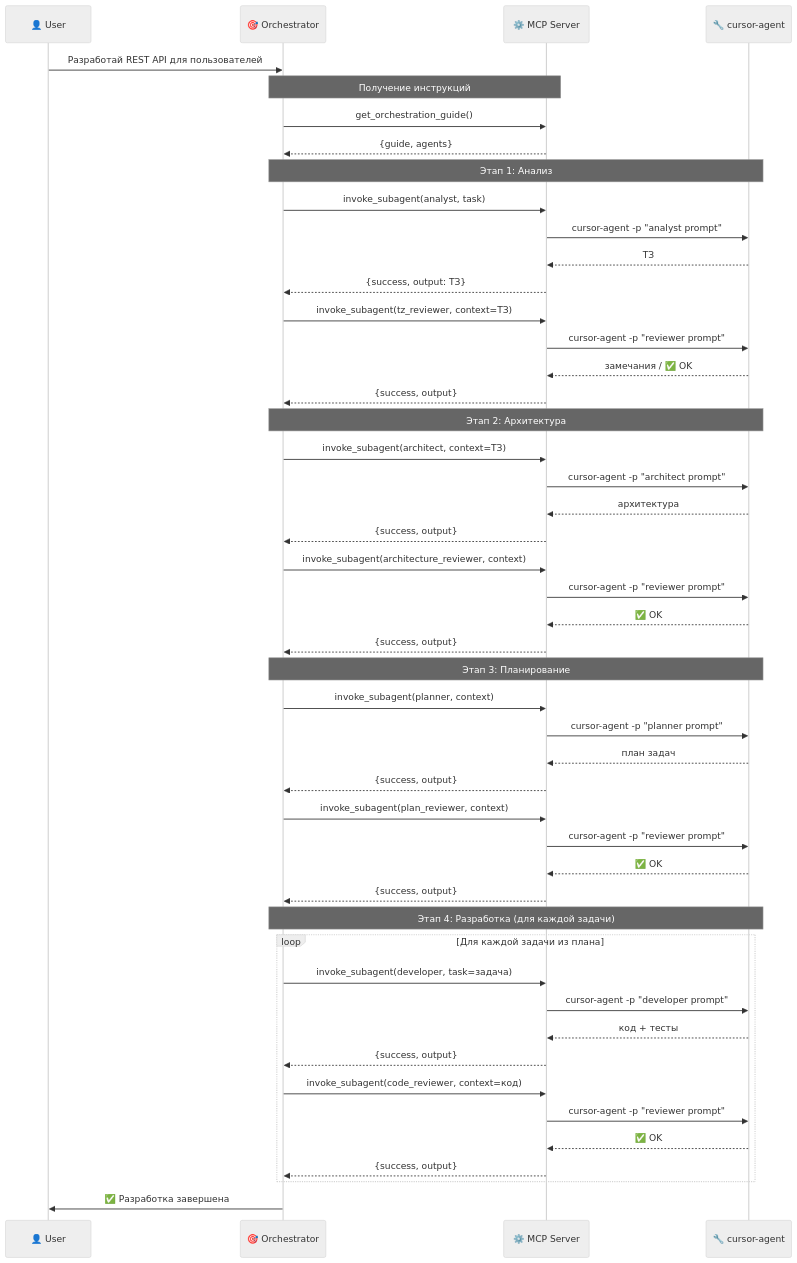
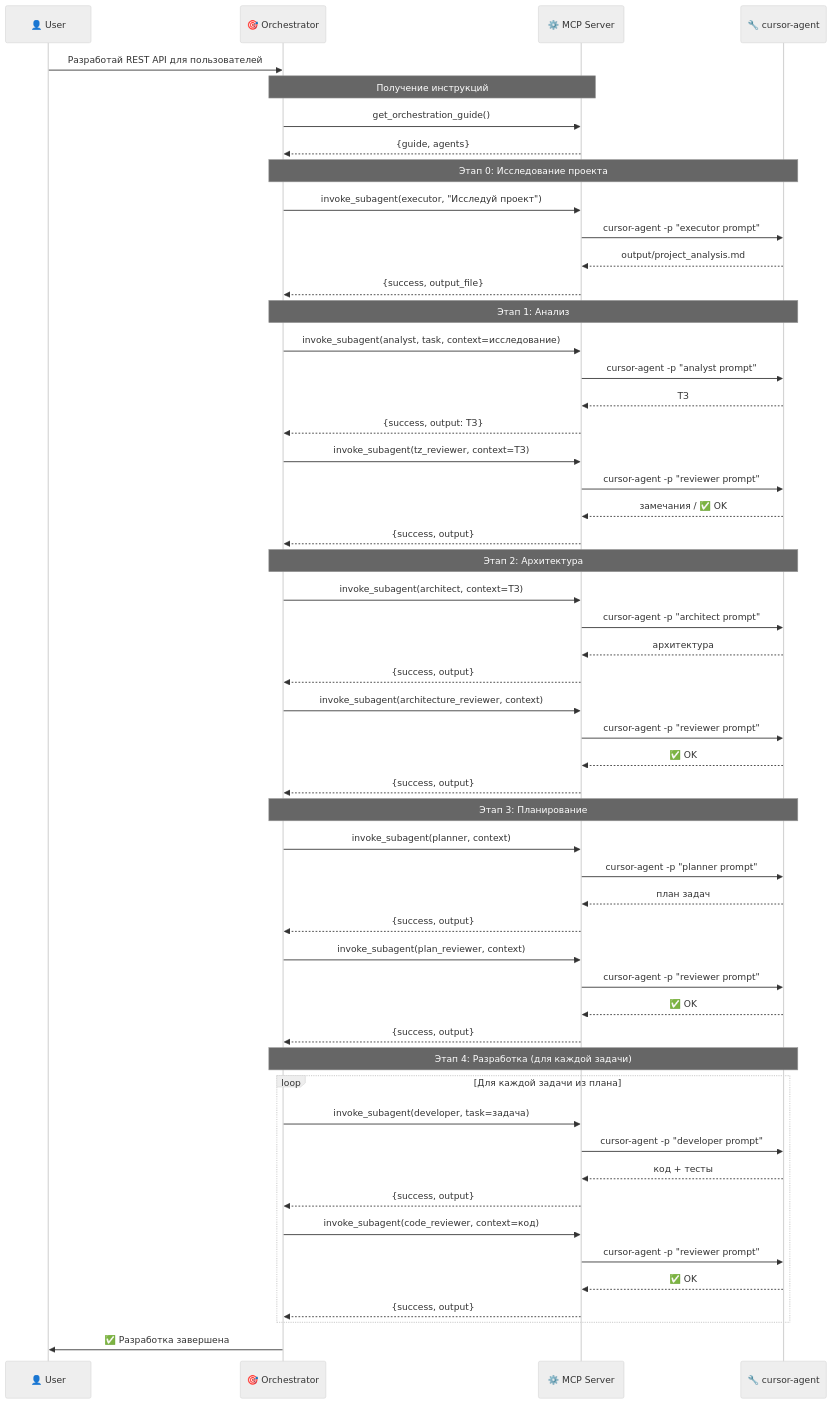
Before and after one commit to madprofessor42/cursor-subagent-mcp: the third of 3 diagrams in README.md, drawn with Mermaid (neutral theme). The commit also changed other lines of this file and 16 other files, not shown here.

````diff
--- a/README.md
+++ b/README.md
@@ -108,61 +140,67 @@
 ```mermaid
 sequenceDiagram
     participant U as 👤 User
     participant O as 🎯 Orchestrator
     participant MCP as ⚙️ MCP Server
     participant CLI as 🔧 cursor-agent
 
     U->>O: Разработай REST API для пользователей
     
     Note over O,MCP: Получение инструкций
     O->>MCP: get_orchestration_guide()
     MCP-->>O: {guide, agents}
     
+    Note over O,CLI: Этап 0: Исследование проекта
+    O->>MCP: invoke_subagent(executor, "Исследуй проект")
+    MCP->>CLI: cursor-agent -p "executor prompt"
+    CLI-->>MCP: output/project_analysis.md
+    MCP-->>O: {success, output_file}
+    
     Note over O,CLI: Этап 1: Анализ
-    O->>MCP: invoke_subagent(analyst, task)
+    O->>MCP: invoke_subagent(analyst, task, context=исследование)
     MCP->>CLI: cursor-agent -p "analyst prompt"
     CLI-->>MCP: ТЗ
     MCP-->>O: {success, output: ТЗ}
     
     O->>MCP: invoke_subagent(tz_reviewer, context=ТЗ)
     MCP->>CLI: cursor-agent -p "reviewer prompt"
     CLI-->>MCP: замечания / ✅ OK
     MCP-->>O: {success, output}
     
     Note over O,CLI: Этап 2: Архитектура
     O->>MCP: invoke_subagent(architect, context=ТЗ)
     MCP->>CLI: cursor-agent -p "architect prompt"
     CLI-->>MCP: архитектура
     MCP-->>O: {success, output}
     
     O->>MCP: invoke_subagent(architecture_reviewer, context)
     MCP->>CLI: cursor-agent -p "reviewer prompt"
     CLI-->>MCP: ✅ OK
     MCP-->>O: {success, output}
     
     Note over O,CLI: Этап 3: Планирование
     O->>MCP: invoke_subagent(planner, context)
     MCP->>CLI: cursor-agent -p "planner prompt"
     CLI-->>MCP: план задач
     MCP-->>O: {success, output}
     
     O->>MCP: invoke_subagent(plan_reviewer, context)
     MCP->>CLI: cursor-agent -p "reviewer prompt"
     CLI-->>MCP: ✅ OK
     MCP-->>O: {success, output}
     
     Note over O,CLI: Этап 4: Разработка (для каждой задачи)
     loop Для каждой задачи из плана
         O->>MCP: invoke_subagent(developer, task=задача)
         MCP->>CLI: cursor-agent -p "developer prompt"
         CLI-->>MCP: код + тесты
         MCP-->>O: {success, output}
         
         O->>MCP: invoke_subagent(code_reviewer, context=код)
         MCP->>CLI: cursor-agent -p "reviewer prompt"
         CLI-->>MCP: ✅ OK
         MCP-->>O: {success, output}
     end
     
     O->>U: ✅ Разработка завершена
 ```
````
